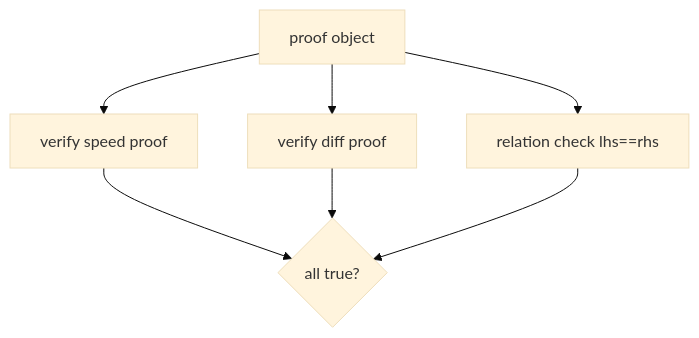
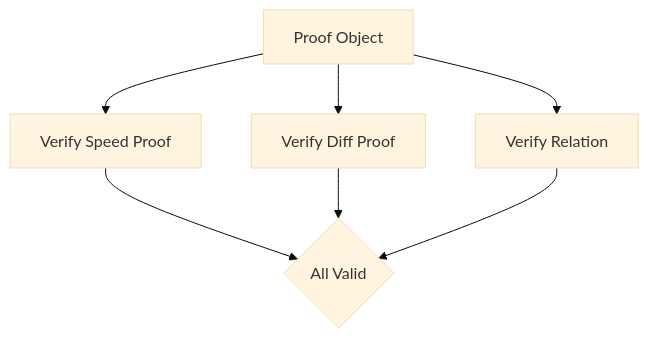
Before and after one commit to smshagor-dev/Next-Gen-Blockchain-for-Vehicle-Security: diagram 11 of 33 in readme.md, drawn with Mermaid (base theme). The commit also changed other lines of this file and 5 other files, not shown here.

````diff
--- a/readme.md
+++ b/readme.md
@@ -516,9 +518,9 @@
 ```mermaid
 flowchart TD
-    A[proof object] --> B[verify speed proof]
-    A --> C[verify diff proof]
-    A --> D[relation check lhs==rhs]
-    B --> E{all true?}
+    A[Proof Object] --> B[Verify Speed Proof]
+    A --> C[Verify Diff Proof]
+    A --> D[Verify Relation]
+    B --> E{All Valid}
     C --> E
     D --> E
 ```
````
